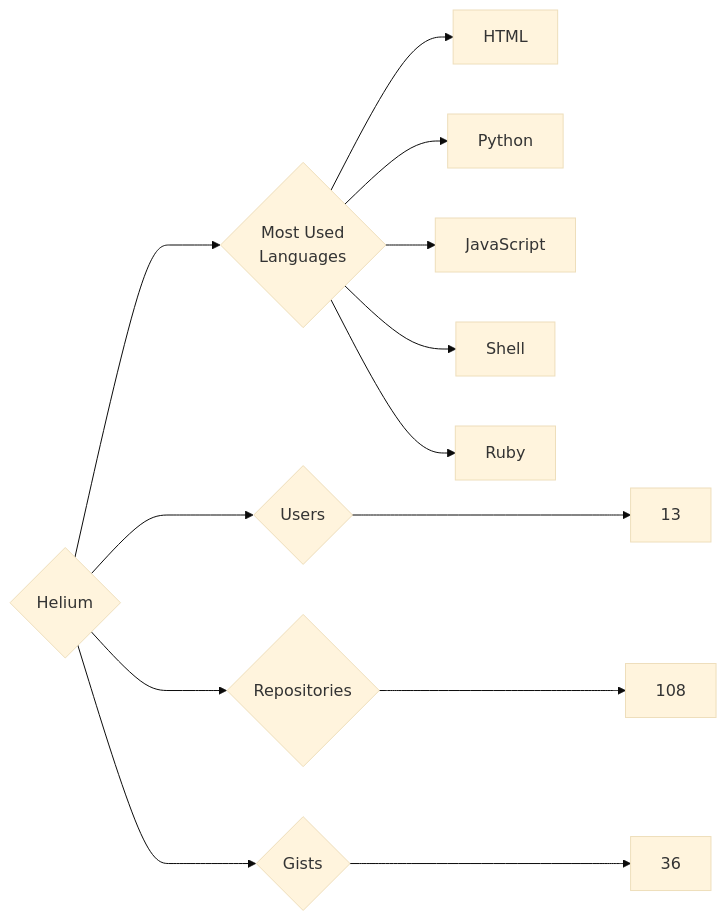
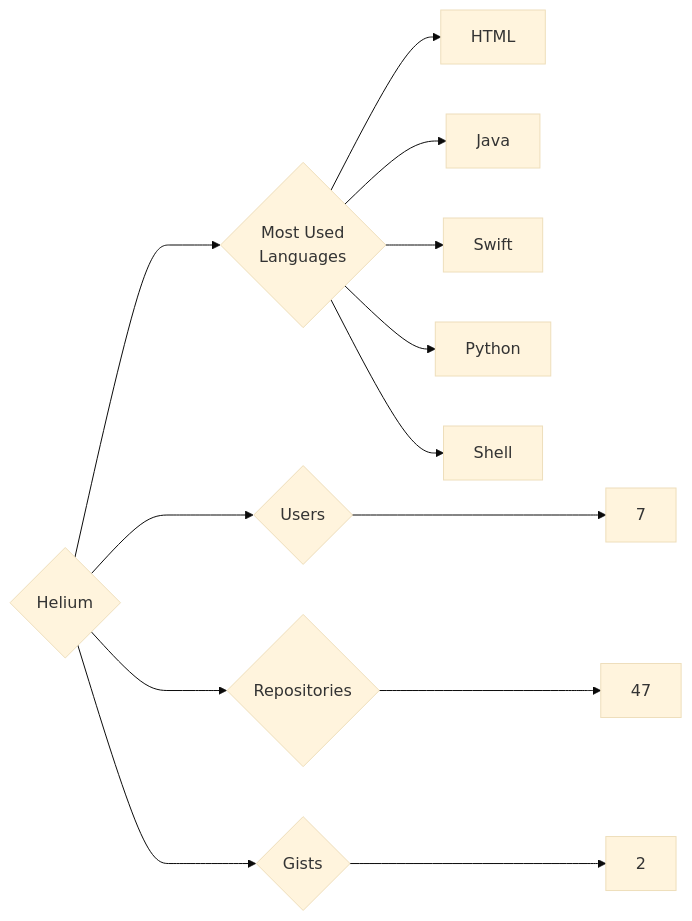
The diagram in targets/Helium/README.md (trickest/insiders), drawn with Mermaid (base theme) before and after one commit. The commit also changed 1055 other files, not shown here.

````diff
--- a/targets/Helium/README.md
+++ b/targets/Helium/README.md
@@ -3,13 +3,13 @@
 ```mermaid
 graph LR
 COMPANY_NAME{Helium}
-COMPANY_NAME ---> U{Users} ---> UN[13]
-COMPANY_NAME ---> R{Repositories} ---> RN[108]
-COMPANY_NAME ---> G{Gists} ---> GN[36]
+COMPANY_NAME ---> U{Users} ---> UN[7]
+COMPANY_NAME ---> R{Repositories} ---> RN[47]
+COMPANY_NAME ---> G{Gists} ---> GN[2]
 COMPANY_NAME ---> ML{Most Used<br>Languages}
 ML --> HTML[HTML]
+ML --> Java[Java]
+ML --> Swift[Swift]
 ML --> Python[Python]
-ML --> JavaScript[JavaScript]
 ML --> Shell[Shell]
-ML --> Ruby[Ruby]
 ```
````
